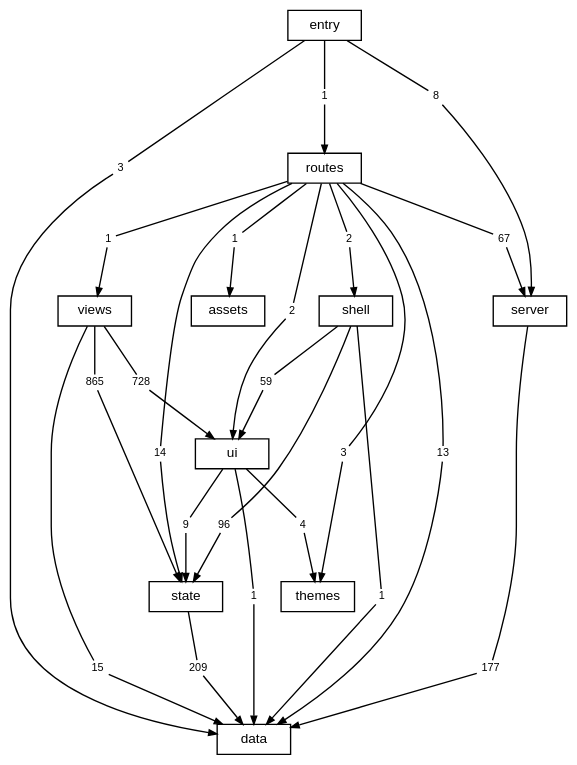
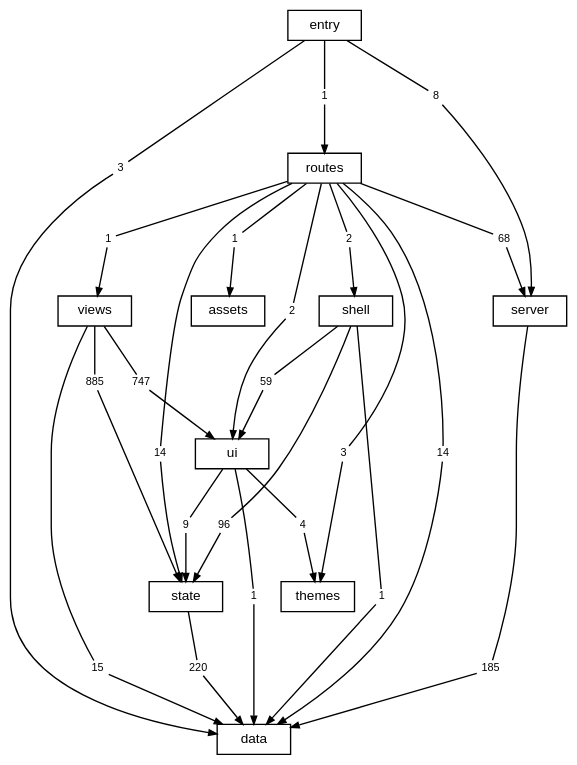
One commit to TheAxeC/oculus changed the diagram in docs/diagrams/layers.dot. Above: the diagram before and after it, drawn with Graphviz. The commit also changed 86 other files, not shown here.

```diff
--- a/docs/diagrams/layers.dot
+++ b/docs/diagrams/layers.dot
@@ -1,81 +1,81 @@
 digraph layers {
     graph [bgcolor="transparent", rankdir=TB, newrank=true, fontname="Helvetica,Arial,sans-serif", fontsize=12, nodesep=0.2, ranksep=0.5];
     node [shape=box, color="black", fontcolor="black", fontname="Helvetica,Arial,sans-serif", fontsize=10, height=0.3, margin="0.12,0.04"];
     edge [color="black", fontcolor="black", fontname="Helvetica,Arial,sans-serif", fontsize=8, arrowsize=0.6];
     "data";
     "server";
     "state";
     "ui";
     "shell";
     "views";
     "themes";
     "routes";
     "src" [label="entry"];
     "files: assets" [label="assets"];
-    "routes to data" [label="13", shape=box, color="transparent", fontsize=8, width=0, height=0, margin="0.04,0.02"];
+    "routes to data" [label="14", shape=box, color="transparent", fontsize=8, width=0, height=0, margin="0.04,0.02"];
     "routes" -> "routes to data" [arrowhead=none];
     "routes to data" -> "data" [];
     "routes to files: assets" [label="1", shape=box, color="transparent", fontsize=8, width=0, height=0, margin="0.04,0.02"];
     "routes" -> "routes to files: assets" [arrowhead=none];
     "routes to files: assets" -> "files: assets" [];
-    "routes to server" [label="67", shape=box, color="transparent", fontsize=8, width=0, height=0, margin="0.04,0.02"];
+    "routes to server" [label="68", shape=box, color="transparent", fontsize=8, width=0, height=0, margin="0.04,0.02"];
     "routes" -> "routes to server" [arrowhead=none];
     "routes to server" -> "server" [];
     "routes to shell" [label="2", shape=box, color="transparent", fontsize=8, width=0, height=0, margin="0.04,0.02"];
     "routes" -> "routes to shell" [arrowhead=none];
     "routes to shell" -> "shell" [];
     "routes to state" [label="14", shape=box, color="transparent", fontsize=8, width=0, height=0, margin="0.04,0.02"];
     "routes" -> "routes to state" [arrowhead=none];
     "routes to state" -> "state" [];
     "routes to themes" [label="3", shape=box, color="transparent", fontsize=8, width=0, height=0, margin="0.04,0.02"];
     "routes" -> "routes to themes" [arrowhead=none];
     "routes to themes" -> "themes" [];
     "routes to ui" [label="2", shape=box, color="transparent", fontsize=8, width=0, height=0, margin="0.04,0.02"];
     "routes" -> "routes to ui" [arrowhead=none];
     "routes to ui" -> "ui" [];
     "routes to views" [label="1", shape=box, color="transparent", fontsize=8, width=0, height=0, margin="0.04,0.02"];
     "routes" -> "routes to views" [arrowhead=none];
     "routes to views" -> "views" [];
-    "server to data" [label="177", shape=box, color="transparent", fontsize=8, width=0, height=0, margin="0.04,0.02"];
+    "server to data" [label="185", shape=box, color="transparent", fontsize=8, width=0, height=0, margin="0.04,0.02"];
     "server" -> "server to data" [arrowhead=none];
     "server to data" -> "data" [];
     "shell to data" [label="1", shape=box, color="transparent", fontsize=8, width=0, height=0, margin="0.04,0.02"];
     "shell" -> "shell to data" [arrowhead=none];
     "shell to data" -> "data" [];
     "shell to state" [label="96", shape=box, color="transparent", fontsize=8, width=0, height=0, margin="0.04,0.02"];
     "shell" -> "shell to state" [arrowhead=none];
     "shell to state" -> "state" [];
     "shell to ui" [label="59", shape=box, color="transparent", fontsize=8, width=0, height=0, margin="0.04,0.02"];
     "shell" -> "shell to ui" [arrowhead=none];
     "shell to ui" -> "ui" [];
     "src to data" [label="3", shape=box, color="transparent", fontsize=8, width=0, height=0, margin="0.04,0.02"];
     "src" -> "src to data" [arrowhead=none];
     "src to data" -> "data" [];
     "src to routes" [label="1", shape=box, color="transparent", fontsize=8, width=0, height=0, margin="0.04,0.02"];
     "src" -> "src to routes" [arrowhead=none];
     "src to routes" -> "routes" [];
     "src to server" [label="8", shape=box, color="transparent", fontsize=8, width=0, height=0, margin="0.04,0.02"];
     "src" -> "src to server" [arrowhead=none];
     "src to server" -> "server" [];
-    "state to data" [label="209", shape=box, color="transparent", fontsize=8, width=0, height=0, margin="0.04,0.02"];
+    "state to data" [label="220", shape=box, color="transparent", fontsize=8, width=0, height=0, margin="0.04,0.02"];
     "state" -> "state to data" [arrowhead=none];
     "state to data" -> "data" [];
     "ui to data" [label="1", shape=box, color="transparent", fontsize=8, width=0, height=0, margin="0.04,0.02"];
     "ui" -> "ui to data" [arrowhead=none];
     "ui to data" -> "data" [];
     "ui to state" [label="9", shape=box, color="transparent", fontsize=8, width=0, height=0, margin="0.04,0.02"];
     "ui" -> "ui to state" [arrowhead=none];
     "ui to state" -> "state" [];
     "ui to themes" [label="4", shape=box, color="transparent", fontsize=8, width=0, height=0, margin="0.04,0.02"];
     "ui" -> "ui to themes" [arrowhead=none];
     "ui to themes" -> "themes" [];
     "views to data" [label="15", shape=box, color="transparent", fontsize=8, width=0, height=0, margin="0.04,0.02"];
     "views" -> "views to data" [arrowhead=none];
     "views to data" -> "data" [];
-    "views to state" [label="865", shape=box, color="transparent", fontsize=8, width=0, height=0, margin="0.04,0.02"];
+    "views to state" [label="885", shape=box, color="transparent", fontsize=8, width=0, height=0, margin="0.04,0.02"];
     "views" -> "views to state" [arrowhead=none];
     "views to state" -> "state" [];
-    "views to ui" [label="728", shape=box, color="transparent", fontsize=8, width=0, height=0, margin="0.04,0.02"];
+    "views to ui" [label="747", shape=box, color="transparent", fontsize=8, width=0, height=0, margin="0.04,0.02"];
     "views" -> "views to ui" [arrowhead=none];
     "views to ui" -> "ui" [];
 }
```
